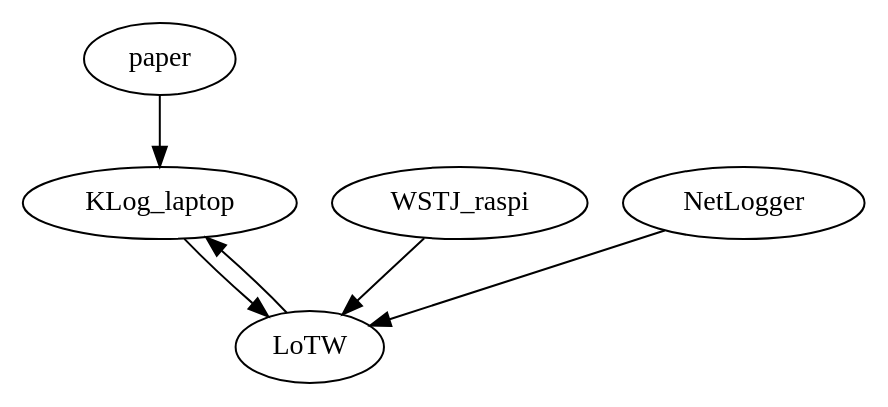
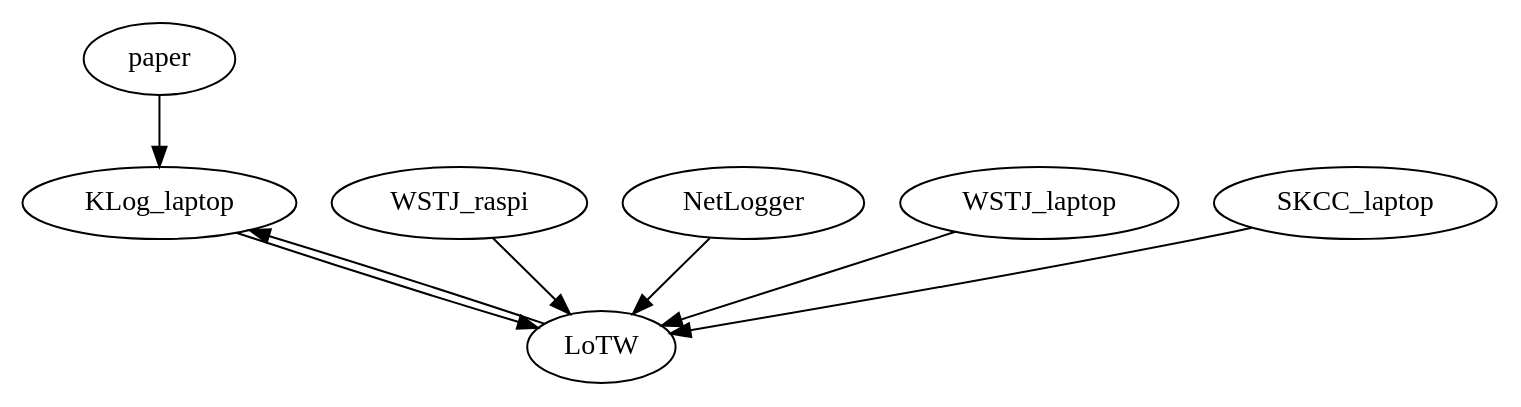
Before and after one commit to zimolzak/allhams: the diagram in my_log_workflow.dot, drawn with Graphviz.

Commit message:
two more edges

```diff
--- a/my_log_workflow.dot
+++ b/my_log_workflow.dot
@@ -1,9 +1,10 @@
 digraph{
 
 paper -> KLog_laptop -> LoTW;
 LoTW -> KLog_laptop;
 WSTJ_raspi -> LoTW;
 NetLogger -> LoTW;
-
+WSTJ_laptop -> LoTW;
+SKCC_laptop -> LoTW;
 
 }
```
